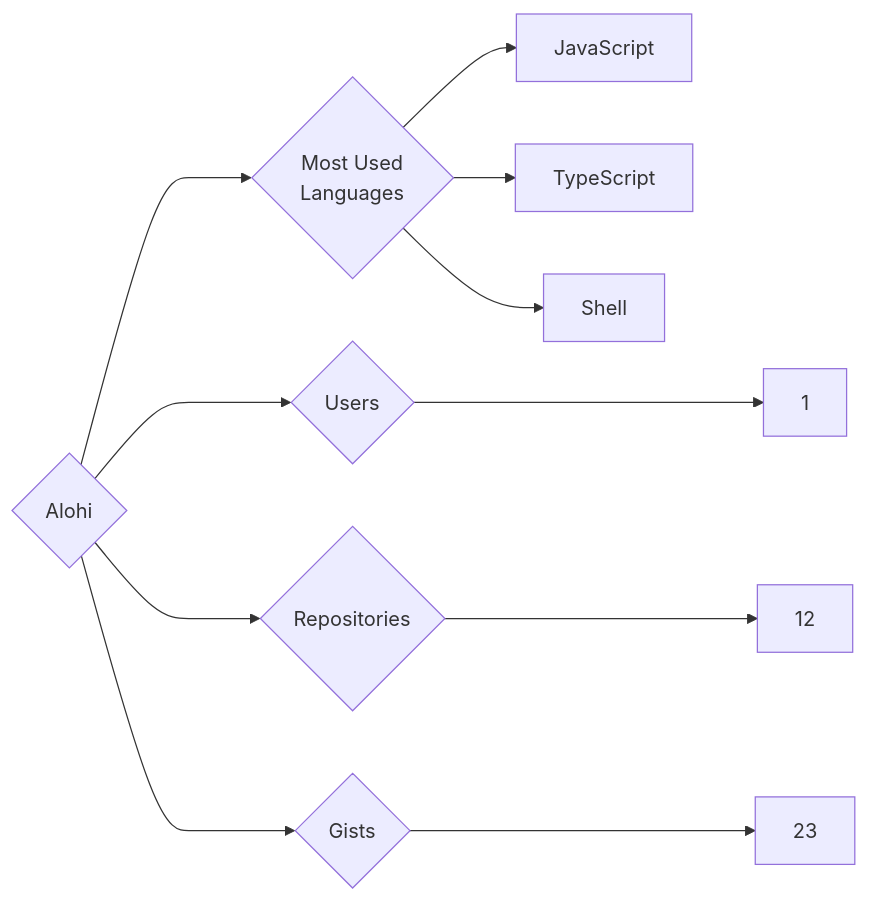
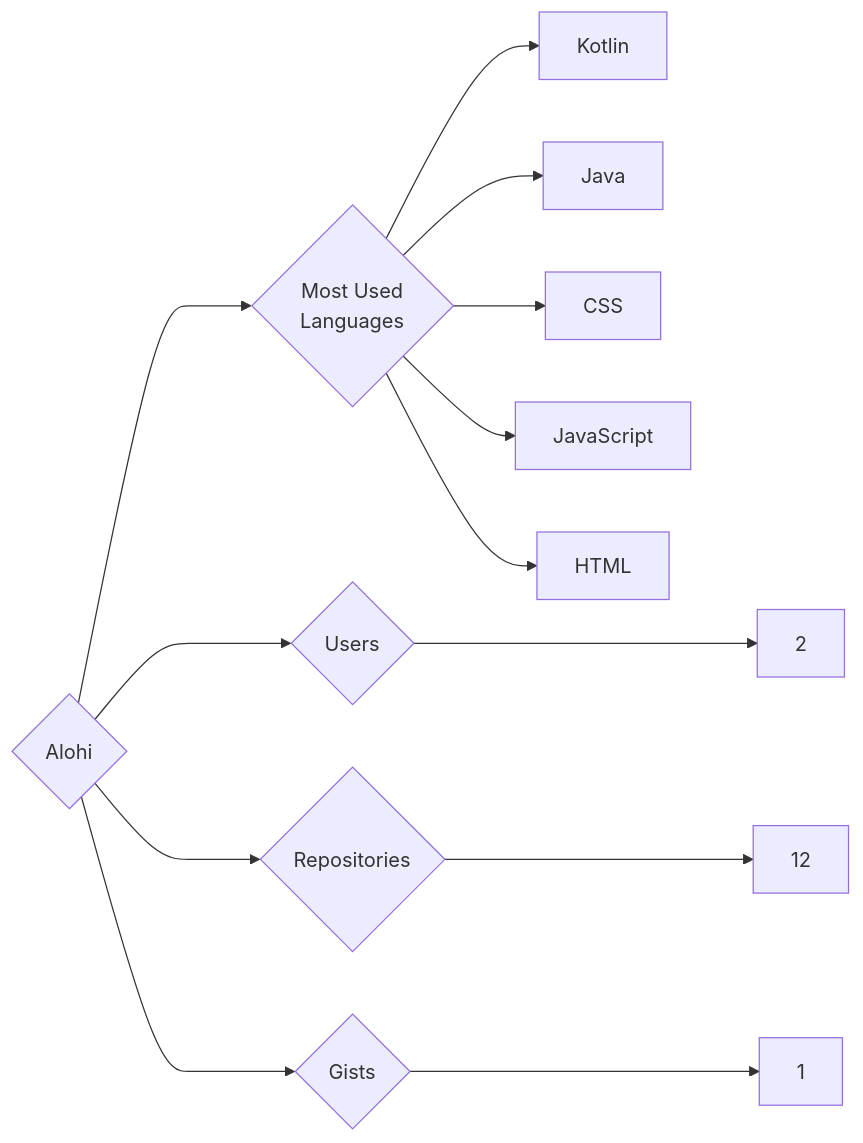
The diagram in targets/Alohi/README.md (trickest/insiders), drawn with Mermaid before and after one commit. The commit also changed 932 other files, not shown here.

````diff
--- a/targets/Alohi/README.md
+++ b/targets/Alohi/README.md
@@ -3,11 +3,13 @@
 ```mermaid
 graph LR
 COMPANY_NAME{Alohi}
-COMPANY_NAME ---> U{Users} ---> UN[1]
+COMPANY_NAME ---> U{Users} ---> UN[2]
 COMPANY_NAME ---> R{Repositories} ---> RN[12]
-COMPANY_NAME ---> G{Gists} ---> GN[23]
+COMPANY_NAME ---> G{Gists} ---> GN[1]
 COMPANY_NAME ---> ML{Most Used<br>Languages}
+ML --> Kotlin[Kotlin]
+ML --> Java[Java]
+ML --> CSS[CSS]
 ML --> JavaScript[JavaScript]
-ML --> TypeScript[TypeScript]
-ML --> Shell[Shell]
+ML --> HTML[HTML]
 ```
````
